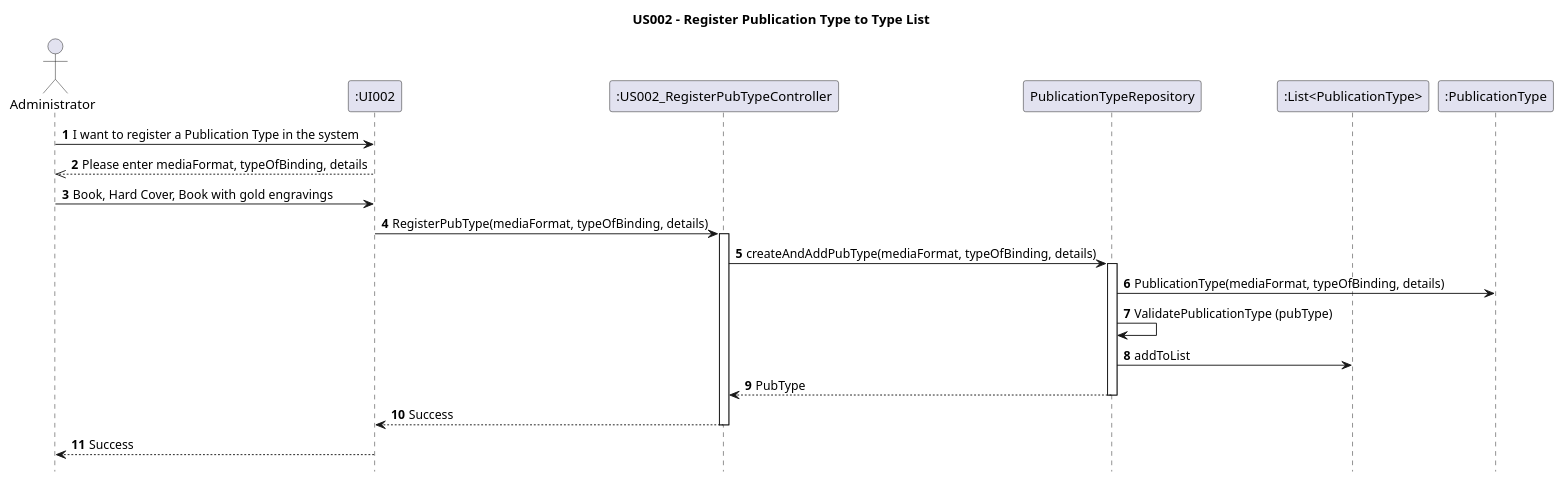
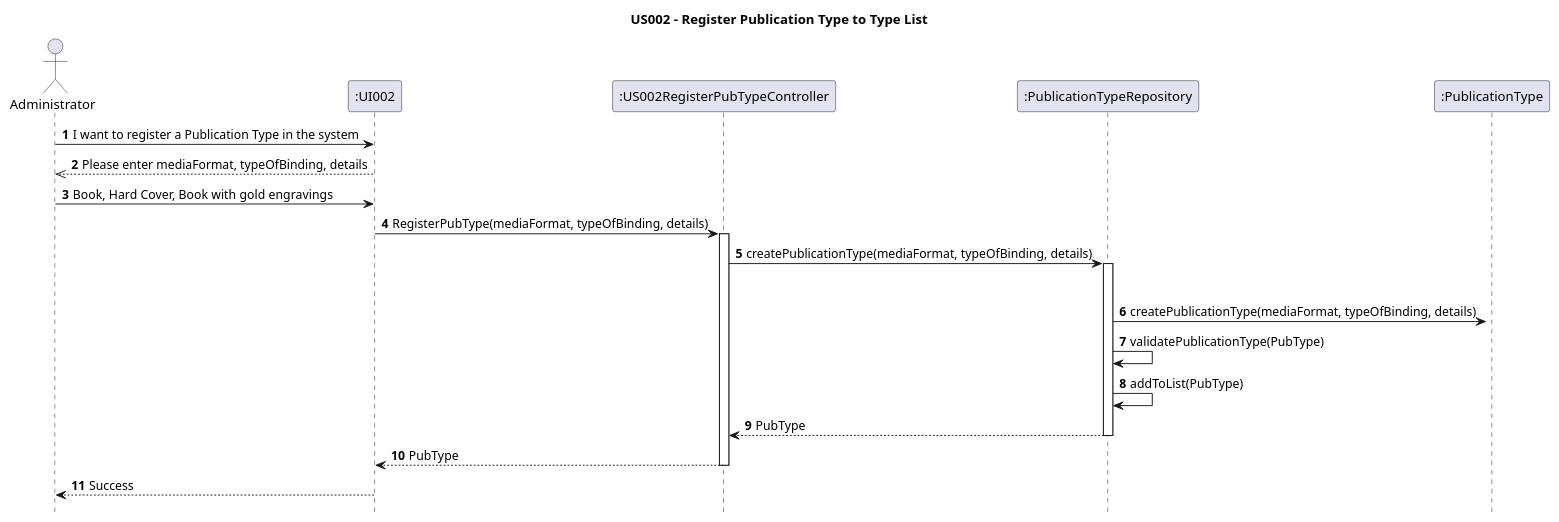
The diagram in Diagrams/SequenceDiagrams/N2/US002-to-add-a-publication-type-to-type-list.puml (AndrePereiraGitH/SWitCH-Project-Team_A), drawn with PlantUML before and after one commit. The commit also changed 5 other files, not shown here.

```diff
--- a/Diagrams/SequenceDiagrams/N2/US002-to-add-a-publication-type-to-type-list.puml
+++ b/Diagrams/SequenceDiagrams/N2/US002-to-add-a-publication-type-to-type-list.puml
@@ -1,46 +1,38 @@
 @startuml
 hide footbox
 title US002 - Register Publication Type to Type List
 
 autonumber
 
 actor Administrator
 participant ":UI002" as UI
-participant ":US002_RegisterPubTypeController" as US002_RegisterPubTypeController
+participant ":US002RegisterPubTypeController" as Ctrl
+participant ":PublicationTypeRepository" as Repo
+participant ":PublicationType" as PubType
 
-
-' Human contact between Administrator and UI
 Administrator -> UI : I want to register a Publication Type in the system
 UI -->> Administrator : Please enter mediaFormat, typeOfBinding, details
 Administrator -> UI : Book, Hard Cover, Book with gold engravings
 
-' First contact between UI and the System
-UI -> US002_RegisterPubTypeController : RegisterPubType(mediaFormat, typeOfBinding, details)
-activate US002_RegisterPubTypeController
+UI -> Ctrl : RegisterPubType(mediaFormat, typeOfBinding, details)
+activate Ctrl
 
-US002_RegisterPubTypeController -> PublicationTypeRepository : createAndAddPubType(mediaFormat, typeOfBinding, details)
-activate PublicationTypeRepository
+Ctrl -> Repo : createPublicationType(mediaFormat, typeOfBinding, details)
 
-participant ":List<PublicationType>" as LT
+activate Repo
+deactivate PubType
 
-' Creation of p1 instance from User class
-participant ":PublicationType" as PublicationType
+Repo -> PubType ++ : createPublicationType(mediaFormat, typeOfBinding, details)
+Repo -> Repo : validatePublicationType(PubType)
 
-' Creation, validation and addition
-PublicationTypeRepository -> PublicationType : PublicationType(mediaFormat, typeOfBinding, details)
-PublicationTypeRepository -> PublicationTypeRepository : ValidatePublicationType (pubType)
-PublicationTypeRepository -> LT: addToList
+Repo -> Repo : addToList(PubType)
 
+Repo --> Ctrl : PubType
+deactivate Repo
 
-' Return from PubTypeRepository to RegisterPubTypeController
-PublicationTypeRepository --> US002_RegisterPubTypeController :  PubType
-deactivate PublicationTypeRepository
+Ctrl --> UI : PubType
+deactivate Ctrl
 
-' Return from RegisterUserController to UI
-US002_RegisterPubTypeController --> UI : Success
-deactivate US002_RegisterPubTypeController
-
-' Return from UI to Administrator
 UI --> Administrator : Success
 
 @enduml
```
